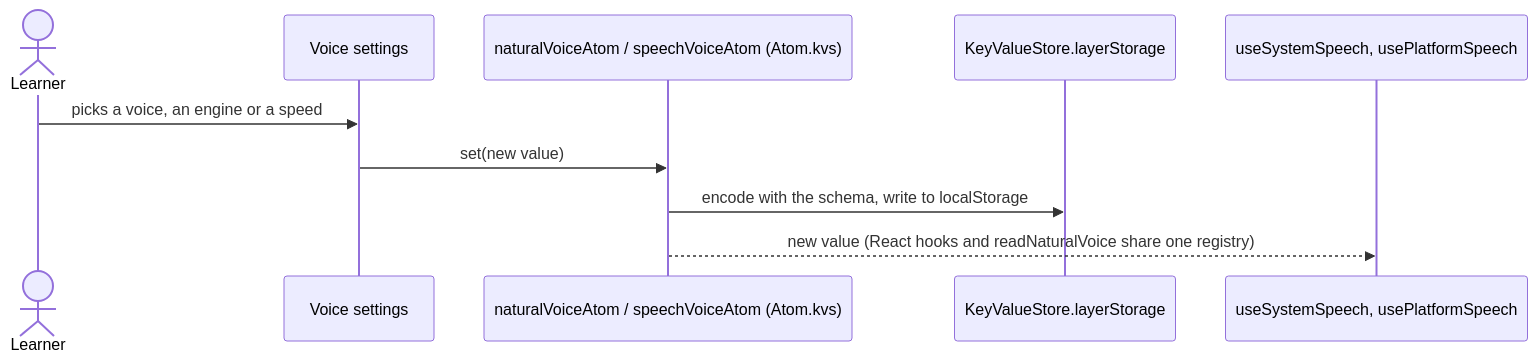
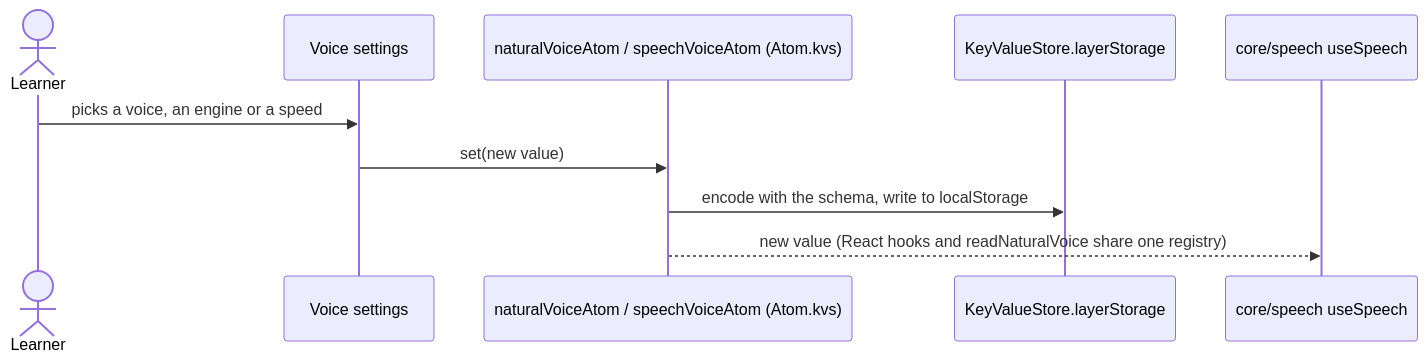
The first of 2 diagrams in src/core/voice-preference/flow.md (oleksii-latyshev/english-trainer), drawn with Mermaid before and after one commit. The commit also changed 104 other files, not shown here.

First line of the commit message:
perf(speech): voice output in core/speech without gaps between phrases (#51)

````diff
--- a/src/core/voice-preference/flow.md
+++ b/src/core/voice-preference/flow.md
@@ -14,13 +14,13 @@
 ```mermaid
 sequenceDiagram
     actor Learner
     participant Settings as Voice settings
     participant Atom as naturalVoiceAtom / speechVoiceAtom (Atom.kvs)
     participant Store as KeyValueStore.layerStorage
-    participant Speech as useSystemSpeech, usePlatformSpeech
+    participant Speech as core/speech useSpeech
 
     Learner->>Settings: picks a voice, an engine or a speed
     Settings->>Atom: set(new value)
     Atom->>Store: encode with the schema, write to localStorage
     Atom-->>Speech: new value (React hooks and readNaturalVoice share one registry)
 ```
````
